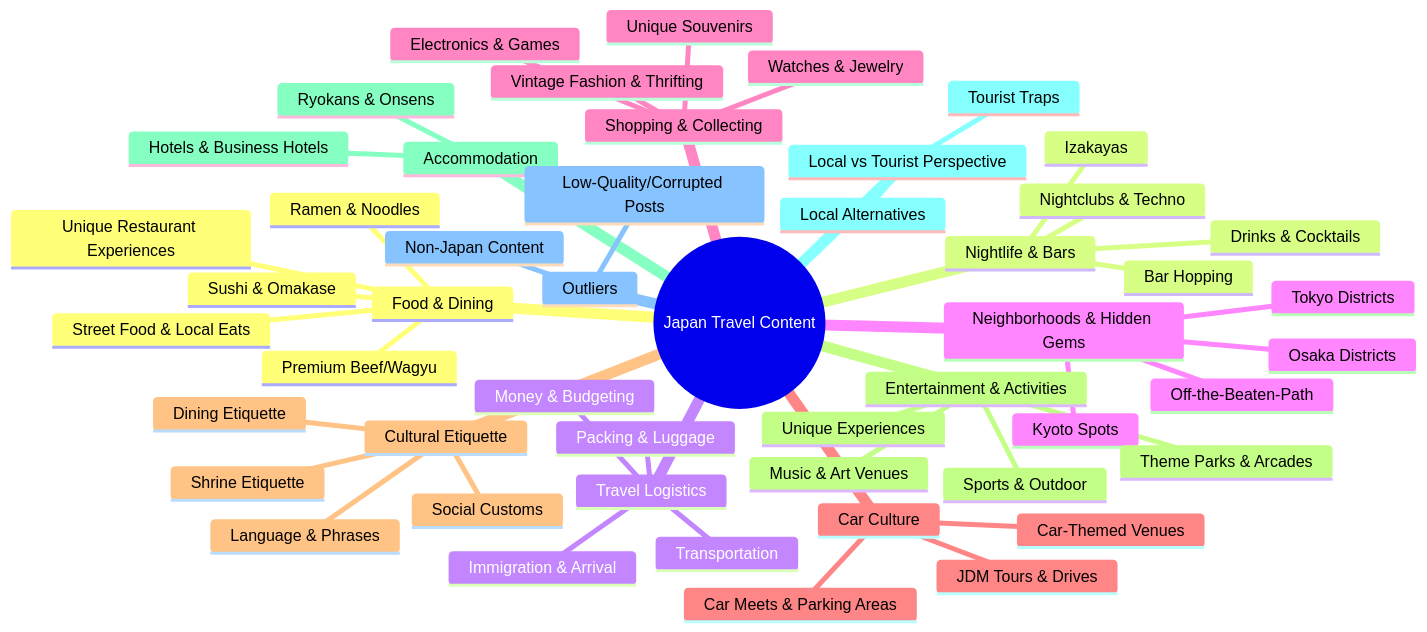
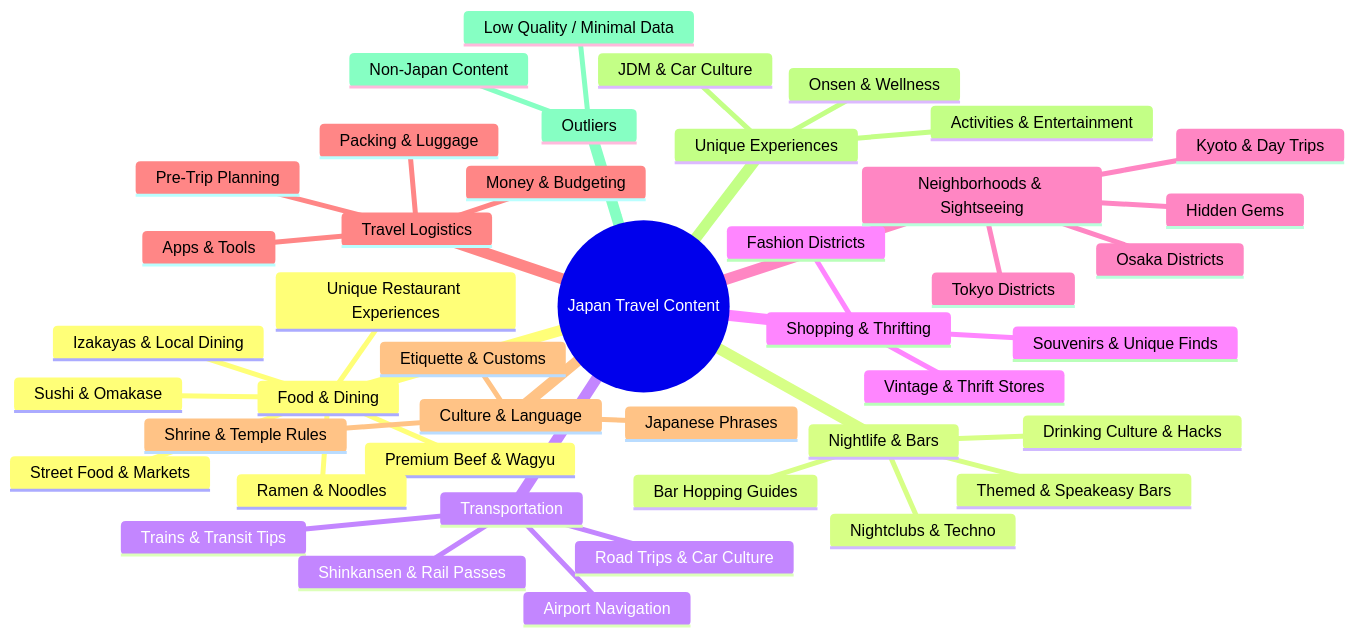
One commit to cfsarmiento/vacation-planning changed the diagram in japan_travel_collection_cluster_analysis.md. Above: the diagram before and after it, drawn with Mermaid. The commit also changed other lines of this file and 2 other files, not shown here.

````diff
--- a/japan_travel_collection_cluster_analysis.md
+++ b/japan_travel_collection_cluster_analysis.md
@@ -9,53 +9,46 @@
 ```mermaid
 mindmap
   root((Japan Travel Content))
     Food & Dining
-      Premium Beef/Wagyu
+      Premium Beef & Wagyu
+      Sushi & Omakase
       Ramen & Noodles
-      Sushi & Omakase
-      Street Food & Local Eats
+      Street Food & Markets
+      Izakayas & Local Dining
       Unique Restaurant Experiences
     Nightlife & Bars
-      Bar Hopping
+      Bar Hopping Guides
       Nightclubs & Techno
-      Izakayas
-      Drinks & Cocktails
-    Travel Logistics
-      Immigration & Arrival
-      Transportation
-      Packing & Luggage
-      Money & Budgeting
-    Neighborhoods & Hidden Gems
+      Themed & Speakeasy Bars
+      Drinking Culture & Hacks
+    Transportation
+      Trains & Transit Tips
+      Shinkansen & Rail Passes
+      Airport Navigation
+      Road Trips & Car Culture
+    Shopping & Thrifting
+      Vintage & Thrift Stores
+      Souvenirs & Unique Finds
+      Fashion Districts
+    Neighborhoods & Sightseeing
       Tokyo Districts
       Osaka Districts
-      Kyoto Spots
-      Off-the-Beaten-Path
-    Shopping & Collecting
-      Vintage Fashion & Thrifting
-      Watches & Jewelry
-      Electronics & Games
-      Unique Souvenirs
-    Car Culture
-      JDM Tours & Drives
-      Car Meets & Parking Areas
-      Car-Themed Venues
-    Cultural Etiquette
-      Language & Phrases
-      Dining Etiquette
-      Shrine Etiquette
-      Social Customs
-    Entertainment & Activities
-      Theme Parks & Arcades
-      Music & Art Venues
-      Sports & Outdoor
-      Unique Experiences
-    Accommodation
-      Hotels & Business Hotels
-      Ryokans & Onsens
-    Local vs Tourist Perspective
-      Tourist Traps
-      Local Alternatives
+      Kyoto & Day Trips
+      Hidden Gems
+    Travel Logistics
+      Pre-Trip Planning
+      Apps & Tools
+      Money & Budgeting
+      Packing & Luggage
+    Culture & Language
+      Japanese Phrases
+      Etiquette & Customs
+      Shrine & Temple Rules
+    Unique Experiences
+      JDM & Car Culture
+      Onsen & Wellness
+      Activities & Entertainment
     Outliers
       Non-Japan Content
-      Low-Quality/Corrupted Posts
+      Low Quality / Minimal Data
 ```
````
